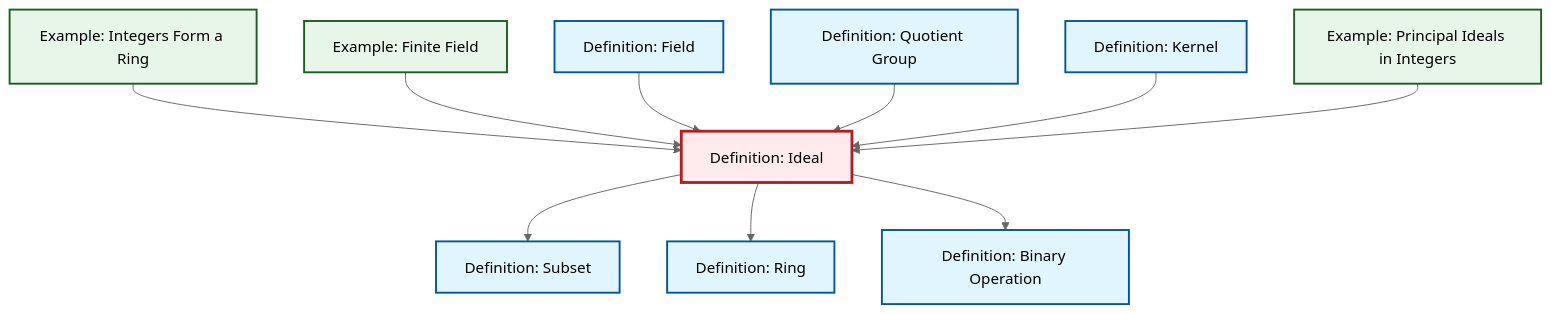
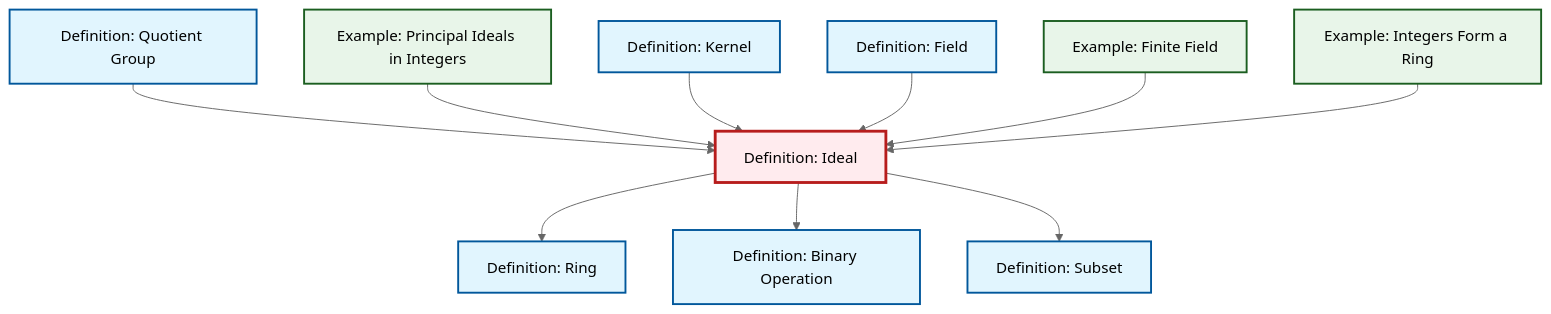
The diagram in content/ja/algebra/def-ideal.qmd (RK0429/ModernMath), drawn with Mermaid (neutral theme) before and after one commit. The commit also changed other lines of this file and 497 other files, not shown here.

````diff
--- a/content/ja/algebra/def-ideal.qmd
+++ b/content/ja/algebra/def-ideal.qmd
@@ -80,38 +80,38 @@
 ```{mermaid}
 %%| fig-cap: "Local dependency graph"
 graph TD
     classDef definition fill:#e1f5fe,stroke:#01579b,stroke-width:2px
     classDef theorem fill:#f3e5f5,stroke:#4a148c,stroke-width:2px
     classDef axiom fill:#fff3e0,stroke:#e65100,stroke-width:2px
     classDef example fill:#e8f5e9,stroke:#1b5e20,stroke-width:2px
     classDef current fill:#ffebee,stroke:#b71c1c,stroke-width:3px
+    def-subset["Definition: Subset"]:::definition
+    def-kernel["Definition: Kernel"]:::definition
+    def-ideal["Definition: Ideal"]:::definition
+    def-field["Definition: Field"]:::definition
+    ex-principal-ideal["Example: Principal Ideals in Integers"]:::example
     def-quotient-group["Definition: Quotient Group"]:::definition
-    def-ideal["Definition: Ideal"]:::definition
-    def-kernel["Definition: Kernel"]:::definition
+    def-binary-operation["Definition: Binary Operation"]:::definition
+    def-ring["Definition: Ring"]:::definition
     ex-finite-field["Example: Finite Field"]:::example
-    def-field["Definition: Field"]:::definition
-    def-subset["Definition: Subset"]:::definition
-    def-ring["Definition: Ring"]:::definition
-    def-binary-operation["Definition: Binary Operation"]:::definition
-    ex-principal-ideal["Example: Principal Ideals in Integers"]:::example
     ex-integers-ring["Example: Integers Form a Ring"]:::example
+    def-quotient-group --> def-ideal
+    def-ideal --> def-ring
+    ex-principal-ideal --> def-ideal
+    def-ideal --> def-binary-operation
+    def-ideal --> def-subset
+    def-kernel --> def-ideal
+    def-field --> def-ideal
+    ex-finite-field --> def-ideal
     ex-integers-ring --> def-ideal
-    ex-finite-field --> def-ideal
-    def-ideal --> def-subset
-    def-ideal --> def-ring
-    def-field --> def-ideal
-    def-quotient-group --> def-ideal
-    def-kernel --> def-ideal
-    def-ideal --> def-binary-operation
-    ex-principal-ideal --> def-ideal
     class def-ideal current
+    click def-subset "def-subset.html" "Definition: Subsetへ"
+    click def-kernel "def-kernel.html" "Definition: Kernelへ"
+    click def-field "def-field.html" "Definition: Fieldへ"
+    click ex-principal-ideal "ex-principal-ideal.html" "Example: Principal Ideals in Integersへ"
     click def-quotient-group "def-quotient-group.html" "Definition: Quotient Groupへ"
-    click def-kernel "def-kernel.html" "Definition: Kernelへ"
+    click def-binary-operation "def-binary-operation.html" "Definition: Binary Operationへ"
+    click def-ring "def-ring.html" "Definition: Ringへ"
     click ex-finite-field "ex-finite-field.html" "Example: Finite Fieldへ"
-    click def-field "def-field.html" "Definition: Fieldへ"
-    click def-subset "def-subset.html" "Definition: Subsetへ"
-    click def-ring "def-ring.html" "Definition: Ringへ"
-    click def-binary-operation "def-binary-operation.html" "Definition: Binary Operationへ"
-    click ex-principal-ideal "ex-principal-ideal.html" "Example: Principal Ideals in Integersへ"
     click ex-integers-ring "ex-integers-ring.html" "Example: Integers Form a Ringへ"
 ```
````
